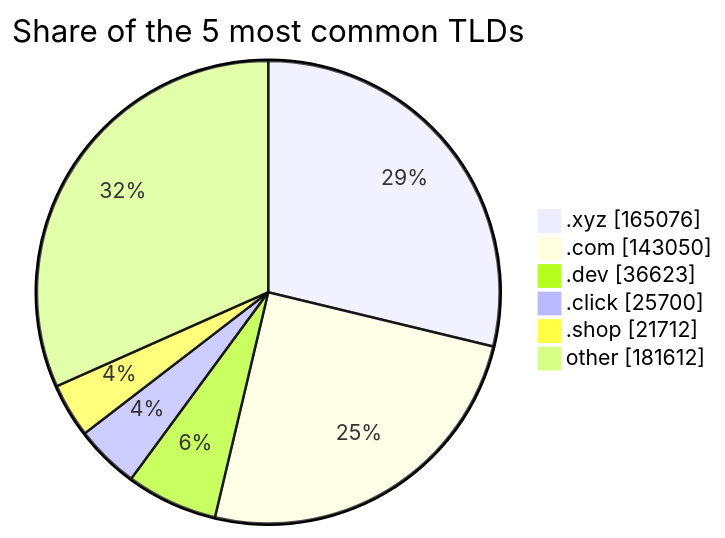
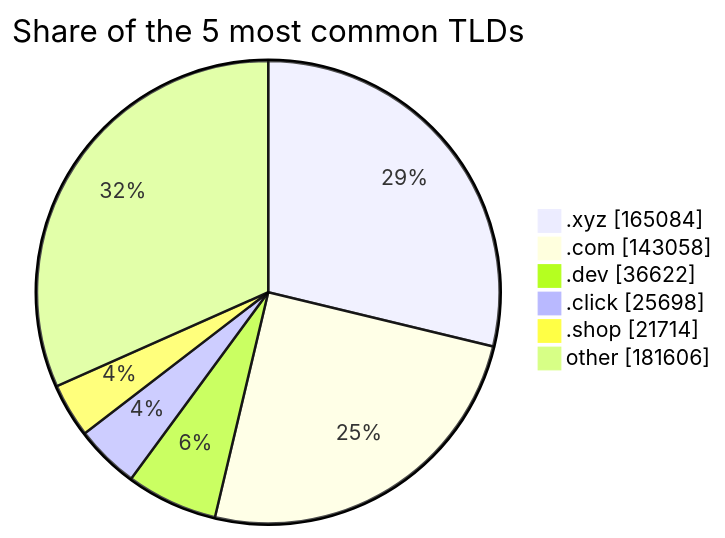
One commit to DNSBunker/CTI changed the third of 3 diagrams in README.md. Above: the diagram before and after it, drawn with Mermaid. The commit also changed other lines of this file and 3 other files, not shown here.

````diff
--- a/README.md
+++ b/README.md
@@ -81,9 +81,9 @@
 ```mermaid
 pie showData title Share of the 5 most common TLDs
-    ".xyz" : 165076
-    ".com" : 143050
-    ".dev" : 36623
-    ".click" : 25700
-    ".shop" : 21712
-    "other" : 181612
+    ".xyz" : 165084
+    ".com" : 143058
+    ".dev" : 36622
+    ".click" : 25698
+    ".shop" : 21714
+    "other" : 181606
 ```
````
